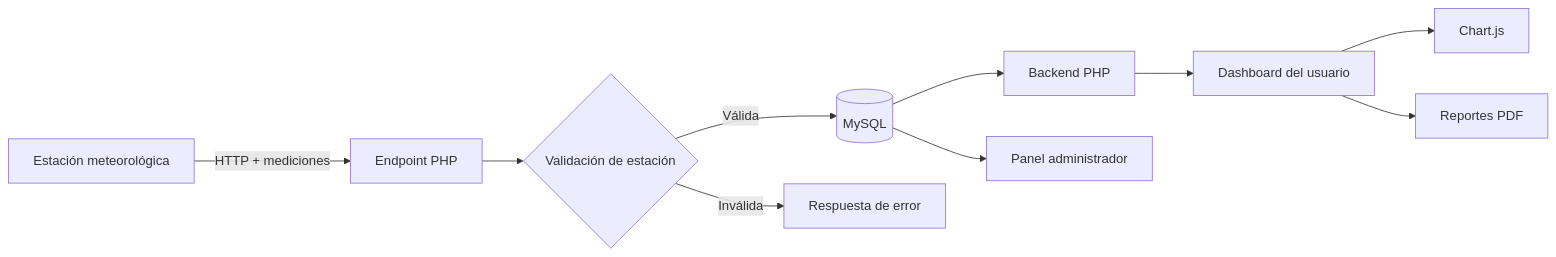
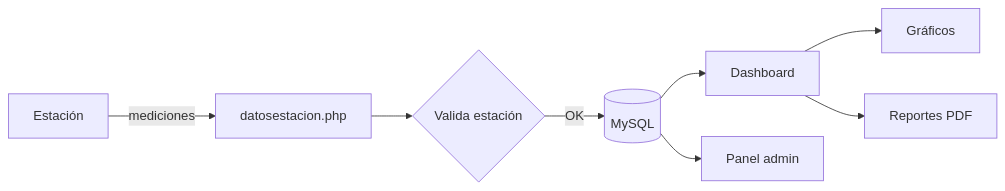
The diagram in README.md (alejoesp/ClimateCatcher), drawn with Mermaid before and after one commit. The commit also changed other lines of this file, not shown here.

````diff
--- a/README.md
+++ b/README.md
@@ -55,12 +44,10 @@
 ```mermaid
 flowchart LR
-    A[Estación meteorológica] -->|HTTP + mediciones| B[Endpoint PHP]
-    B --> C{Validación de estación}
-    C -->|Válida| D[(MySQL)]
-    C -->|Inválida| E[Respuesta de error]
-    D --> F[Backend PHP]
-    F --> G[Dashboard del usuario]
-    G --> H[Chart.js]
-    G --> I[Reportes PDF]
-    D --> J[Panel administrador]
+    A[Estación] -->|mediciones| B[datosestacion.php]
+    B --> C{Valida estación}
+    C -->|OK| D[(MySQL)]
+    D --> E[Dashboard]
+    E --> F[Gráficos]
+    E --> G[Reportes PDF]
+    D --> H[Panel admin]
 ```
````
